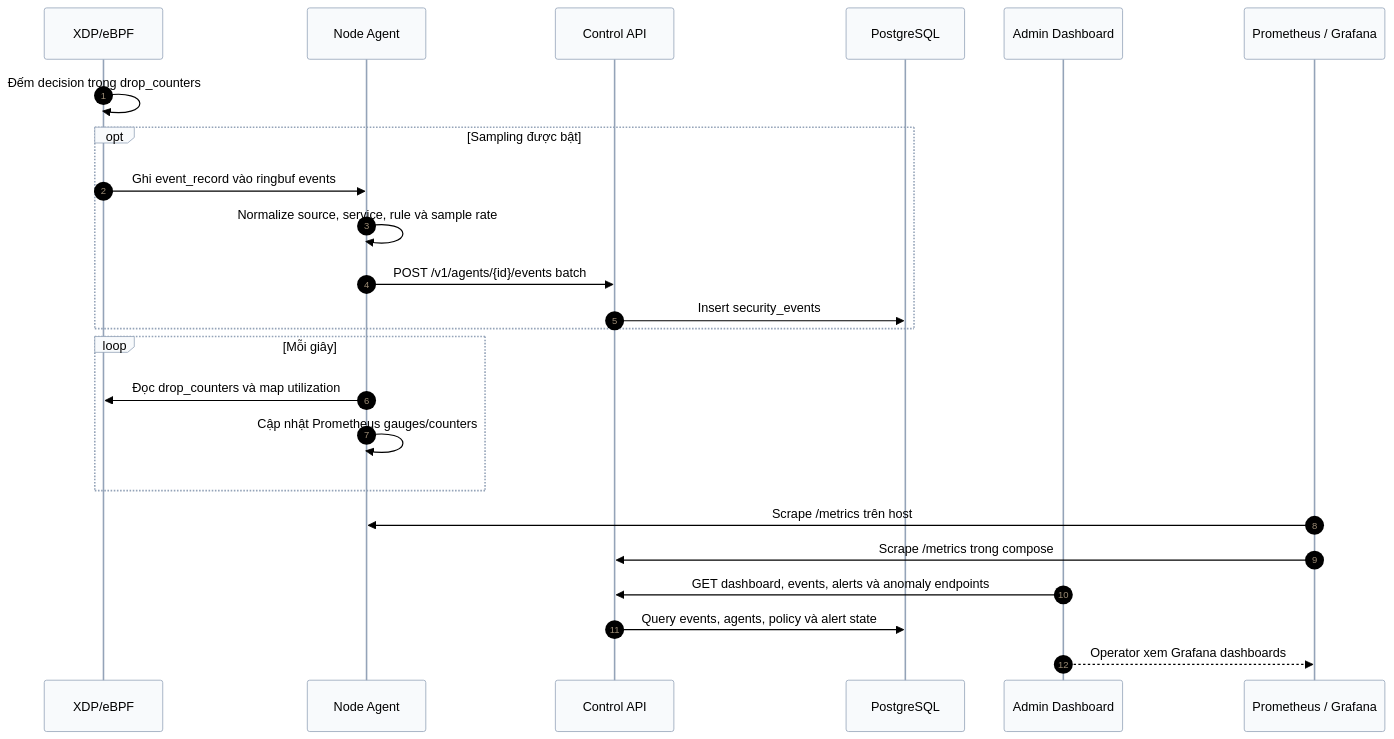
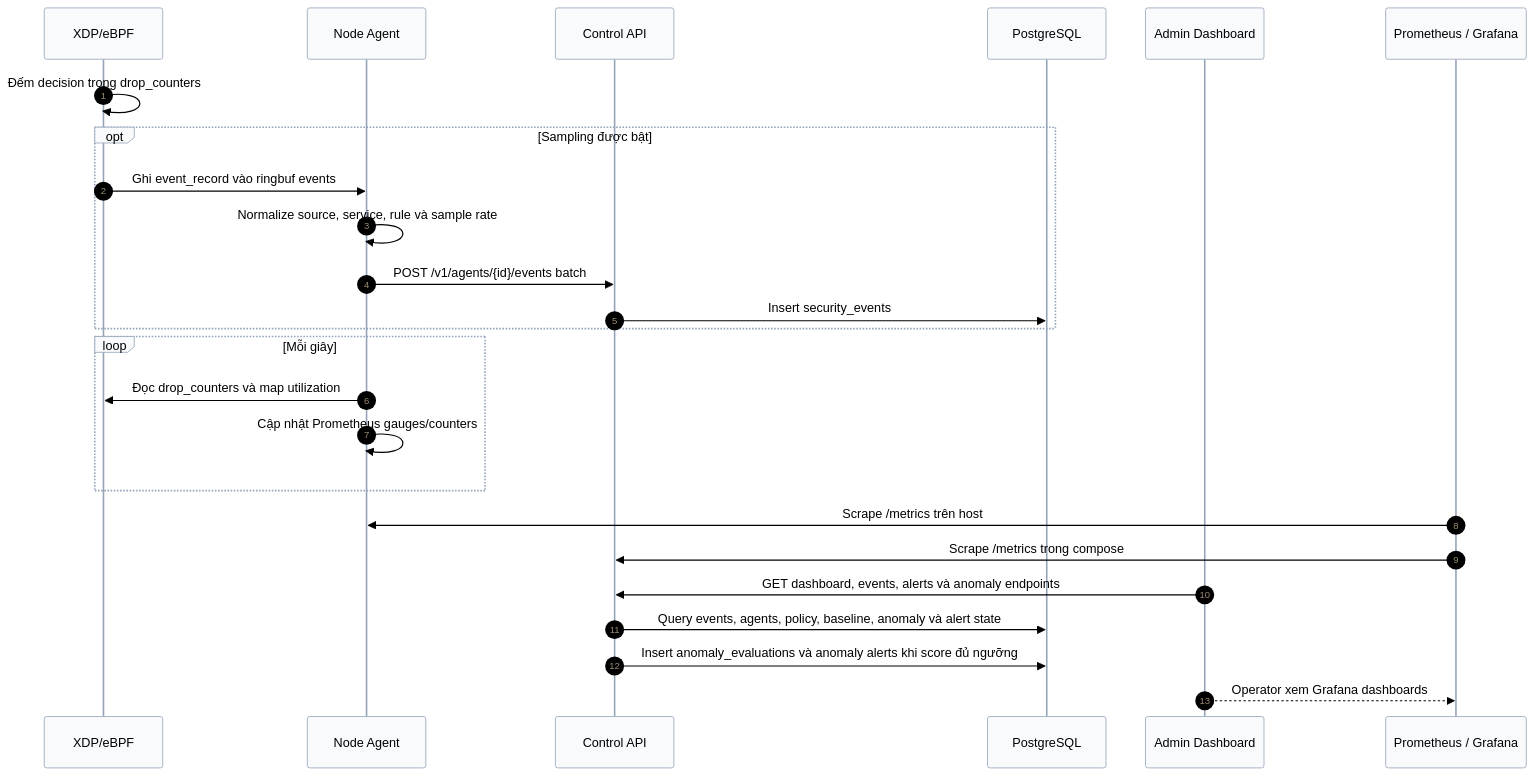
One commit to ken9xkyo/anti-ddos changed the fifth of 7 diagrams in docs/System-Architecture-Design.md. Above: the diagram before and after it, drawn with Mermaid. The commit also changed other lines of this file and 2 other files, not shown here.

````diff
--- a/docs/System-Architecture-Design.md
+++ b/docs/System-Architecture-Design.md
@@ -272,28 +275,29 @@
 ```mermaid
 %%{init: {'theme':'base','themeVariables': {'primaryColor':'#f8fafc','primaryTextColor':'#000000','primaryBorderColor':'#94a3b8','lineColor':'#64748b','secondaryColor':'#e0f2fe','tertiaryColor':'#fef3c7','background':'#ffffff','mainBkg':'#ffffff','nodeBorder':'#94a3b8','clusterBkg':'#f8fafc','clusterBorder':'#cbd5e1','titleColor':'#000000','edgeLabelBackground':'#ffffff','textColor':'#000000','actorTextColor':'#000000','actorBkg':'#f8fafc','actorBorder':'#94a3b8','participantTextColor':'#000000','participantBkg':'#f8fafc','participantBorder':'#94a3b8','labelTextColor':'#000000','loopTextColor':'#000000','noteTextColor':'#000000'}}}%%
 sequenceDiagram
     autonumber
     participant XDP as XDP/eBPF
     participant Agent as Node Agent
     participant API as Control API
     participant DB as PostgreSQL
     participant UI as Admin Dashboard
     participant Metrics as Prometheus / Grafana
 
     XDP->>XDP: Đếm decision trong drop_counters
     opt Sampling được bật
         XDP->>Agent: Ghi event_record vào ringbuf events
         Agent->>Agent: Normalize source, service, rule và sample rate
         Agent->>API: POST /v1/agents/{id}/events batch
         API->>DB: Insert security_events
     end
     loop Mỗi giây
         Agent->>XDP: Đọc drop_counters và map utilization
         Agent->>Agent: Cập nhật Prometheus gauges/counters
     end
     Metrics->>Agent: Scrape /metrics trên host
     Metrics->>API: Scrape /metrics trong compose
     UI->>API: GET dashboard, events, alerts và anomaly endpoints
-    API->>DB: Query events, agents, policy và alert state
+    API->>DB: Query events, agents, policy, baseline, anomaly và alert state
+    API->>DB: Insert anomaly_evaluations và anomaly alerts khi score đủ ngưỡng
     UI-->>Metrics: Operator xem Grafana dashboards
 ```
````
